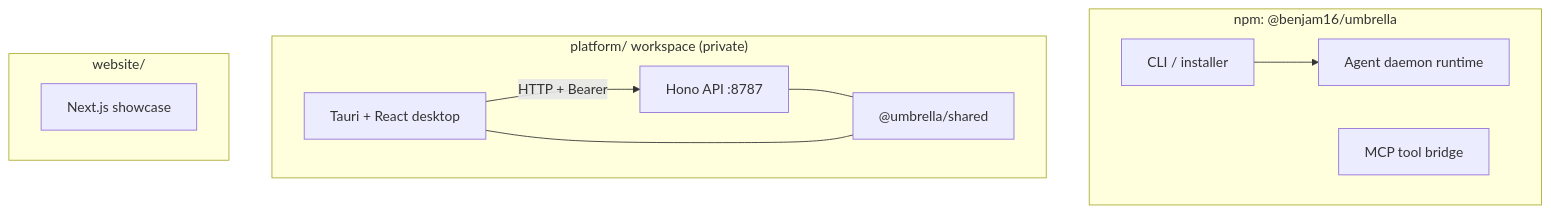
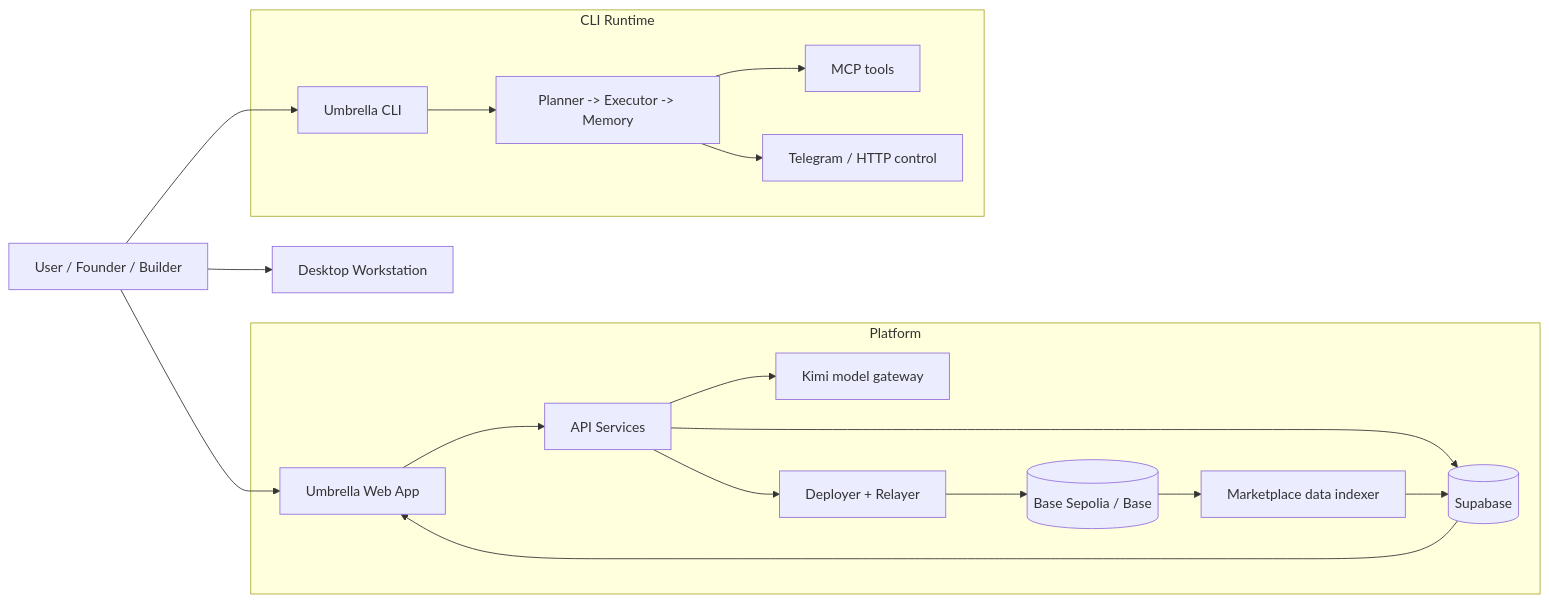
The first of 4 diagrams in README.md (Benjam16/Umbrella), drawn with Mermaid before and after one commit. The commit also changed other lines of this file, not shown here.

````diff
--- a/README.md
+++ b/README.md
@@ -60,23 +25,23 @@
 ```mermaid
-flowchart TB
-  subgraph npm["npm: @benjam16/umbrella"]
-    CLI[CLI / installer]
-    AGENT[Agent daemon runtime]
-    MCP[MCP tool bridge]
+flowchart LR
+  U[User / Founder / Builder] --> W[Umbrella Web App]
+  U --> C[Umbrella CLI]
+  U --> D[Desktop Workstation]
+
+  subgraph Platform
+    W --> API[API Services]
+    API --> DB[(Supabase)]
+    API --> KIMI[Kimi model gateway]
+    API --> DEP[Deployer + Relayer]
+    DEP --> CHAIN[(Base Sepolia / Base)]
+    CHAIN --> MKT[Marketplace data indexer]
+    MKT --> DB
+    DB --> W
   end
 
-  subgraph platform["platform/ workspace (private)"]
-    API[Hono API :8787]
-    DESKTOP[Tauri + React desktop]
-    SHARED["@umbrella/shared"]
-    API --- SHARED
-    DESKTOP --- SHARED
+  subgraph CLI Runtime
+    C --> AGENT[Planner -> Executor -> Memory]
+    AGENT --> MCP[MCP tools]
+    AGENT --> TG[Telegram / HTTP control]
   end
-
-  subgraph web["website/"]
-    SITE[Next.js showcase]
-  end
-
-  CLI --> AGENT
-  DESKTOP -->|"HTTP + Bearer"| API
 ```
````
